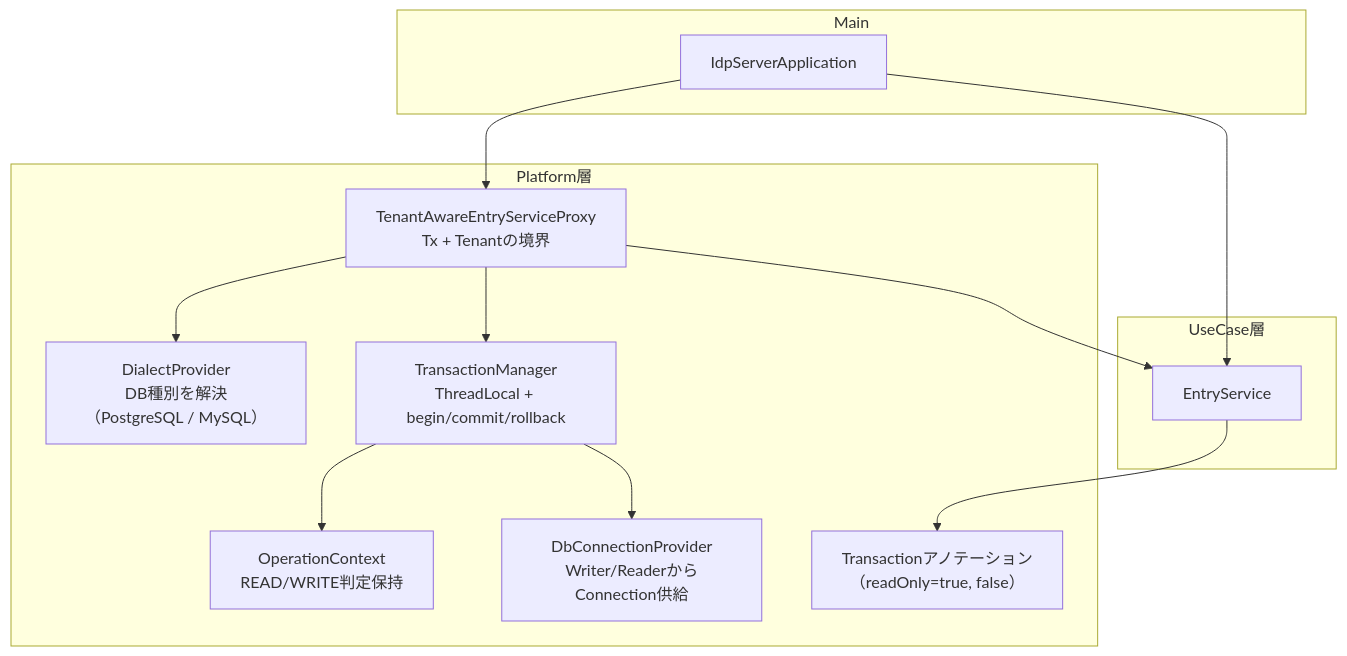
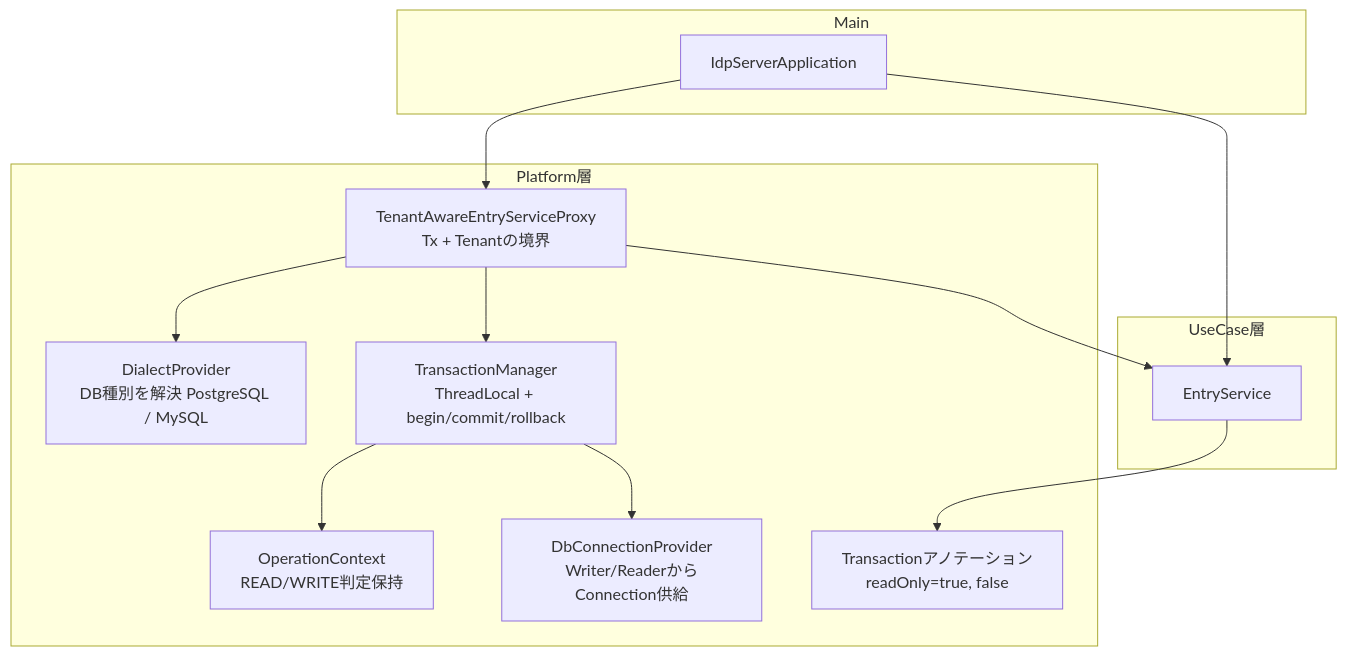
The diagram in documentation/i18n/ja/docusaurus-plugin-content-docs/current/developer-guide/multi-datasource.md (hirokazu-kobayashi-koba-hiro/idp-server), drawn with Mermaid before and after one commit. The commit also changed other lines of this file and 25 other files, not shown here.

````diff
--- a/documentation/i18n/ja/docusaurus-plugin-content-docs/current/developer-guide/multi-datasource.md
+++ b/documentation/i18n/ja/docusaurus-plugin-content-docs/current/developer-guide/multi-datasource.md
@@ -13,31 +13,31 @@
 ```mermaid
 flowchart TD
     subgraph Main
         Application[IdpServerApplication]
     end
 
     subgraph UseCase層
         EntryService[EntryService]
     end
 
 subgraph Platform層
 Proxy[TenantAwareEntryServiceProxy<br>Tx + Tenantの境界]
 TxManager[TransactionManager<br>ThreadLocal + begin/commit/rollback]
 OperationCtx[OperationContext<br>READ/WRITE判定保持]
-Dialect[DialectProvider<br>DB種別を解決（PostgreSQL / MySQL）]
-TransactionMetadata[Transactionアノテーション<br> （readOnly=true, false）]
+Dialect[DialectProvider<br>DB種別を解決 PostgreSQL / MySQL]
+TransactionMetadata[Transactionアノテーション<br> readOnly=true, false]
 DbConnectionProvider[DbConnectionProvider<br>Writer/ReaderからConnection供給]
 end
 
 Application --> Proxy
 Application --> EntryService
 EntryService --> TransactionMetadata
 
 Proxy --> Dialect
 Proxy --> TxManager
 Proxy --> EntryService
 
 TxManager --> OperationCtx
 TxManager --> DbConnectionProvider
 
 ```
````
